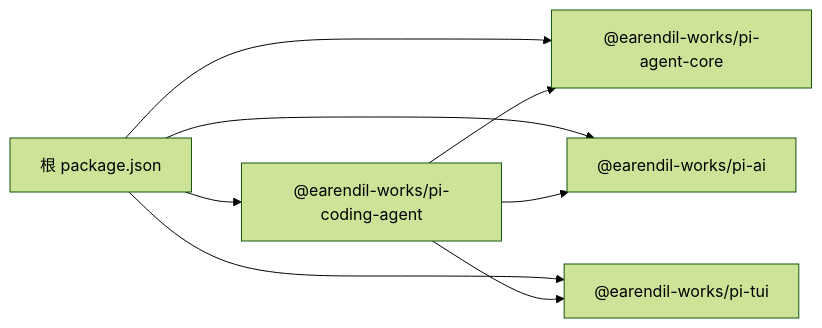
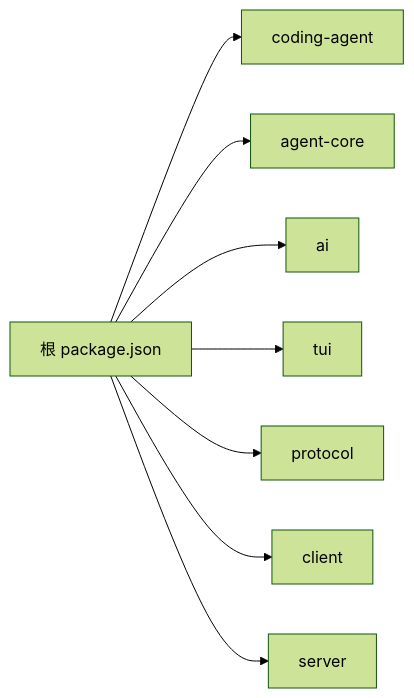
Before and after one commit to haolange/pi: the fourth of 4 diagrams in .qoder/repowiki/zh/content/故障排除.md, drawn with Mermaid (forest theme). The commit also changed other lines of this file and 246 other files, not shown here.

````diff
--- a/.qoder/repowiki/zh/content/故障排除.md
+++ b/.qoder/repowiki/zh/content/故障排除.md
@@ -253,10 +131,10 @@
 ```mermaid
 graph LR
-Root["根 package.json"] --> CA["@earendil-works/pi-coding-agent"]
-Root --> AG["@earendil-works/pi-agent-core"]
-Root --> AI["@earendil-works/pi-ai"]
-Root --> TUI["@earendil-works/pi-tui"]
-CA --> AG
-CA --> AI
-CA --> TUI
+Root["根 package.json"] --> CA["coding-agent"]
+Root --> AG["agent-core"]
+Root --> AI["ai"]
+Root --> TUI["tui"]
+Root --> PROTO["protocol"]
+Root --> CL["client"]
+Root --> SRV["server"]
 ```
````
